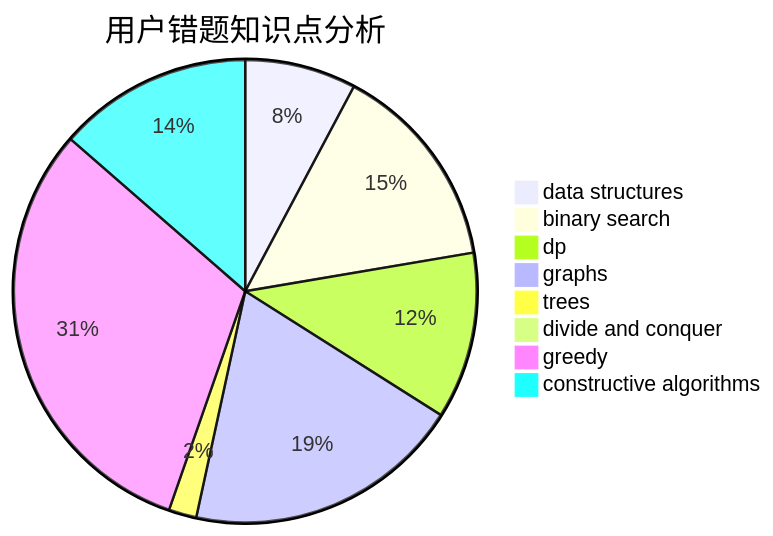
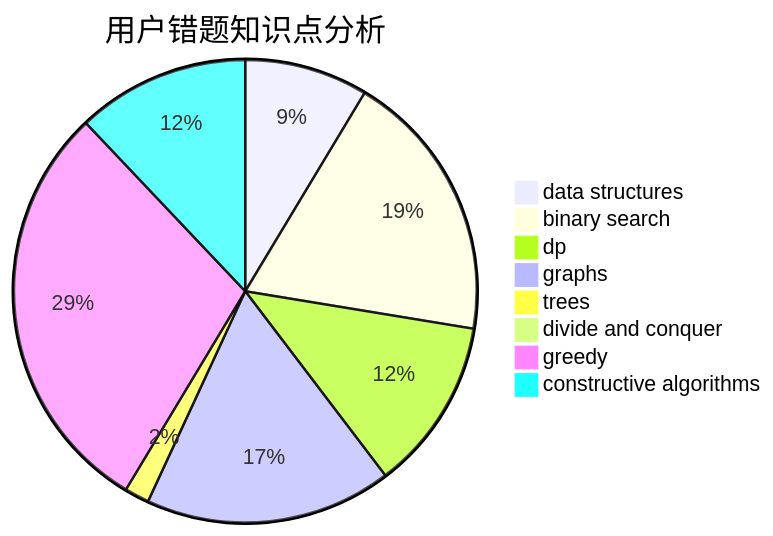
One commit to sherpahu/cfrs.github.io changed the third of 3 diagrams in docs/user/u2134.md. Above: the diagram before and after it, drawn with Mermaid. The commit also changed other lines of this file and 2770 other files, not shown here.

````diff
--- a/docs/user/u2134.md
+++ b/docs/user/u2134.md
@@ -36,11 +36,11 @@
 ```mermaid
 pie title 用户错题知识点分析
-    "data structures" :  8
-    "binary search" :  15
-    "dp" :  12
+    "data structures" :  10
+    "binary search" :  22
+    "dp" :  14
     "graphs" :  20
     "trees" :  2
     "divide and conquer" :  0
-    "greedy" :  32
+    "greedy" :  34
     "constructive algorithms" :  14
 ```
````
